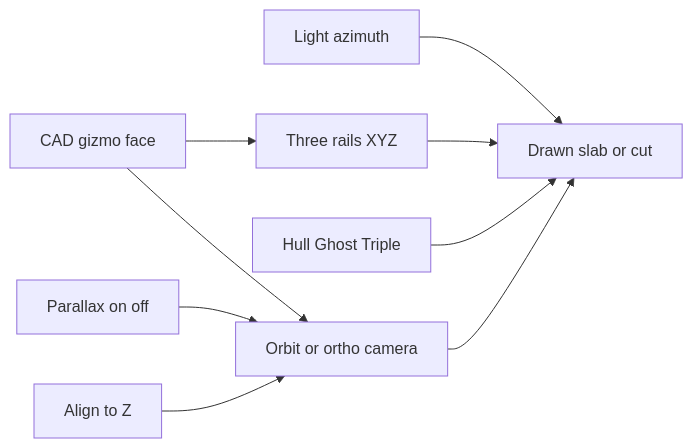
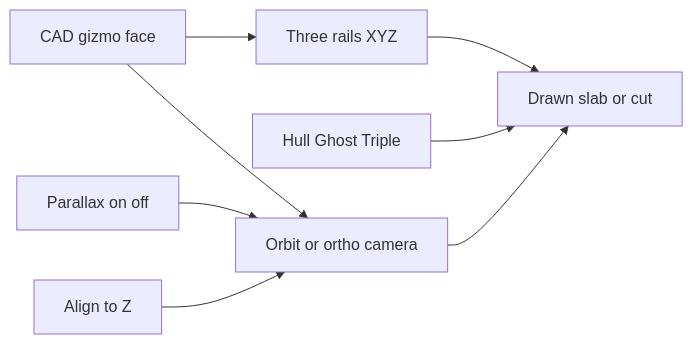
Diagram 18 of 27 in architecture.md (PiMaV/DONNER), drawn with Mermaid before and after one commit. The commit also changed other lines of this file and 10 other files, not shown here.

````diff
--- a/architecture.md
+++ b/architecture.md
@@ -445,19 +444,17 @@
 ```mermaid
 flowchart LR
   gizmo[CAD gizmo face]
   para[Parallax on off]
   align[Align to Z]
-  light[Light azimuth]
   slice[Three rails XYZ]
   shade[Hull Ghost Triple]
   cam[Orbit or ortho camera]
   vol[Drawn slab or cut]
   gizmo --> cam
   gizmo --> slice
   para --> cam
   align --> cam
-  light --> vol
   slice --> vol
   shade --> vol
   cam --> vol
 ```
````
